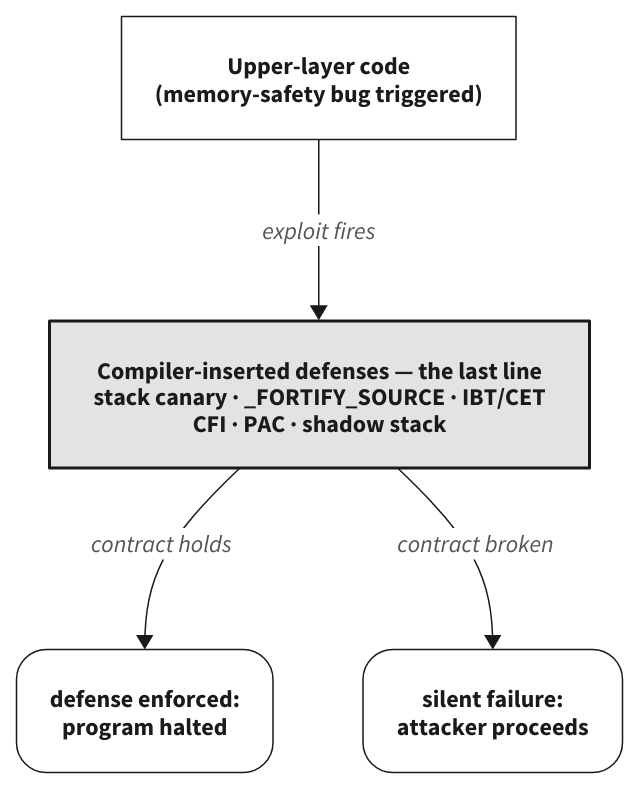
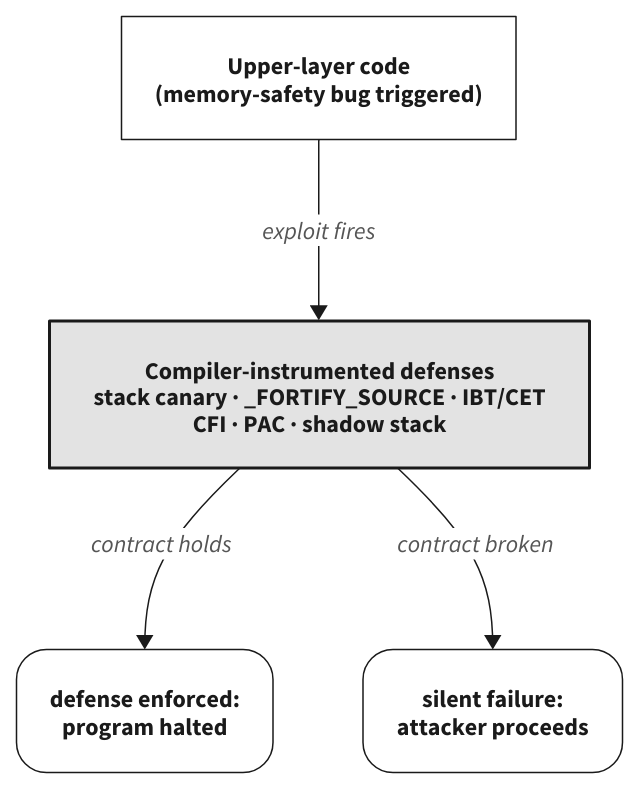
One commit to SEU-SSH/zjy-paper changed the diagram in figures/src/defense-role.d2. Above: the diagram before and after it, drawn with D2. The commit also changed 6 other files, not shown here.

```diff
--- a/figures/src/defense-role.d2
+++ b/figures/src/defense-role.d2
@@ -1,23 +1,23 @@
-# Fig: compiler-inserted defenses as the runtime last line (academic monochrome)
+# Fig: compiler-instrumented defenses as a runtime protection layer (academic monochrome)
 # render: d2 --theme=0 --pad=8 defense-role.d2 ../defense-role.svg
 
 classes: {
   box: { style: { fill: white; stroke: "#1A1A1A"; stroke-width: 1; font-color: "#1A1A1A" } }
   emph: { style: { fill: "#E3E3E3"; stroke: "#1A1A1A"; stroke-width: 2; font-color: "#1A1A1A" } }
   outcome: { style: { fill: white; stroke: "#1A1A1A"; stroke-width: 1; font-color: "#1A1A1A"; border-radius: 20 } }
 }
 
 direction: down
 
 app: "Upper-layer code\n(memory-safety bug triggered)" { class: box }
 
-defense: "Compiler-inserted defenses  —  the last line\nstack canary · _FORTIFY_SOURCE · IBT/CET\nCFI · PAC · shadow stack" {
+defense: "Compiler-instrumented defenses\nstack canary · _FORTIFY_SOURCE · IBT/CET\nCFI · PAC · shadow stack" {
   class: emph
 }
 
 halted: "defense enforced:\nprogram halted" { class: outcome }
 bypass: "silent failure:\nattacker proceeds" { class: outcome }
 
 app -> defense: "exploit fires" { style: { stroke: "#1A1A1A"; stroke-width: 1; font-color: "#555555" } }
 defense -> halted: "contract holds" { style: { stroke: "#1A1A1A"; stroke-width: 1; font-color: "#555555" } }
 defense -> bypass: "contract broken" { style: { stroke: "#1A1A1A"; stroke-width: 1; font-color: "#555555" } }
```
